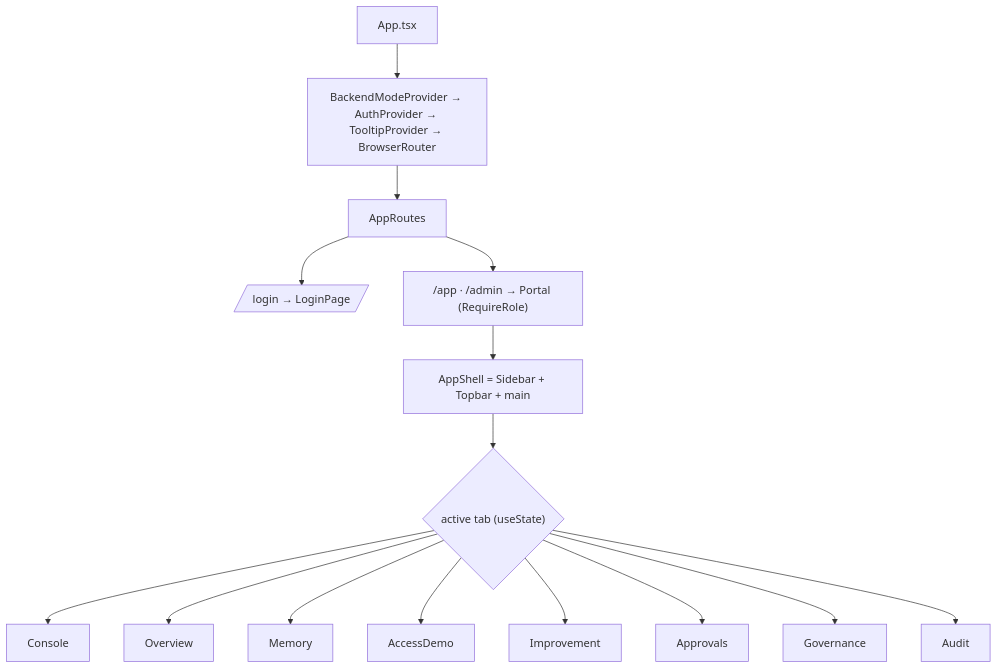
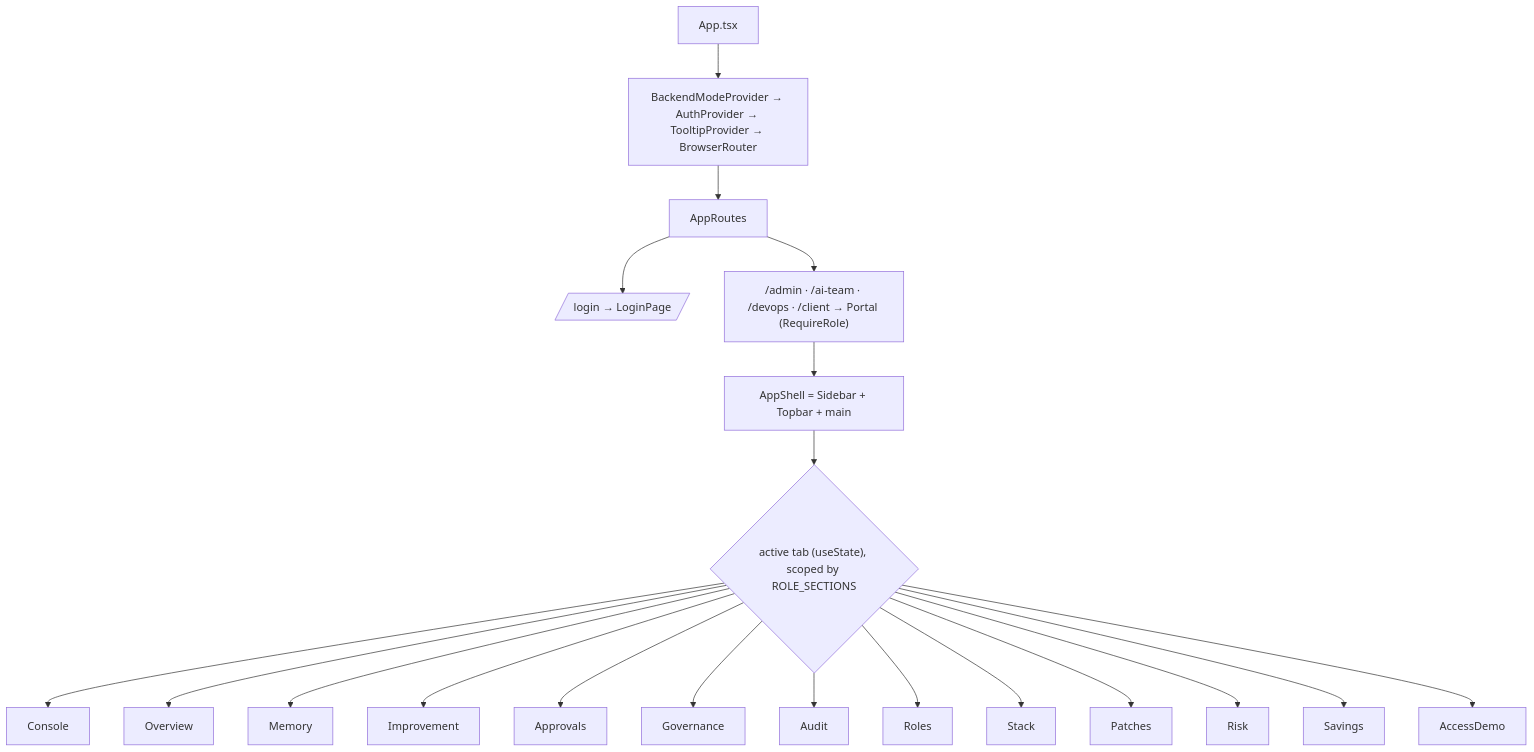
The first of 2 diagrams in docs/learn/30-frontend.md (yrevash/aegis), drawn with Mermaid before and after one commit. The commit also changed other lines of this file and 7 other files, not shown here.

````diff
--- a/docs/learn/30-frontend.md
+++ b/docs/learn/30-frontend.md
@@ -24,10 +31,10 @@
 ```mermaid
 flowchart TB
     App[App.tsx] --> Providers["BackendModeProvider → AuthProvider → TooltipProvider → BrowserRouter"]
     Providers --> Routes[AppRoutes]
     Routes --> Login[/login → LoginPage/]
-    Routes --> Portal["/app · /admin → Portal (RequireRole)"]
+    Routes --> Portal["/admin · /ai-team · /devops · /client → Portal (RequireRole)"]
     Portal --> Shell[AppShell = Sidebar + Topbar + main]
-    Shell --> Tabs{"active tab (useState)"}
-    Tabs --> Console & Overview & Memory & AccessDemo & Improvement & Approvals & Governance & Audit
+    Shell --> Tabs{"active tab (useState), scoped by ROLE_SECTIONS"}
+    Tabs --> Console & Overview & Memory & Improvement & Approvals & Governance & Audit & Roles & Stack & Patches & Risk & Savings & AccessDemo
 ```
````
